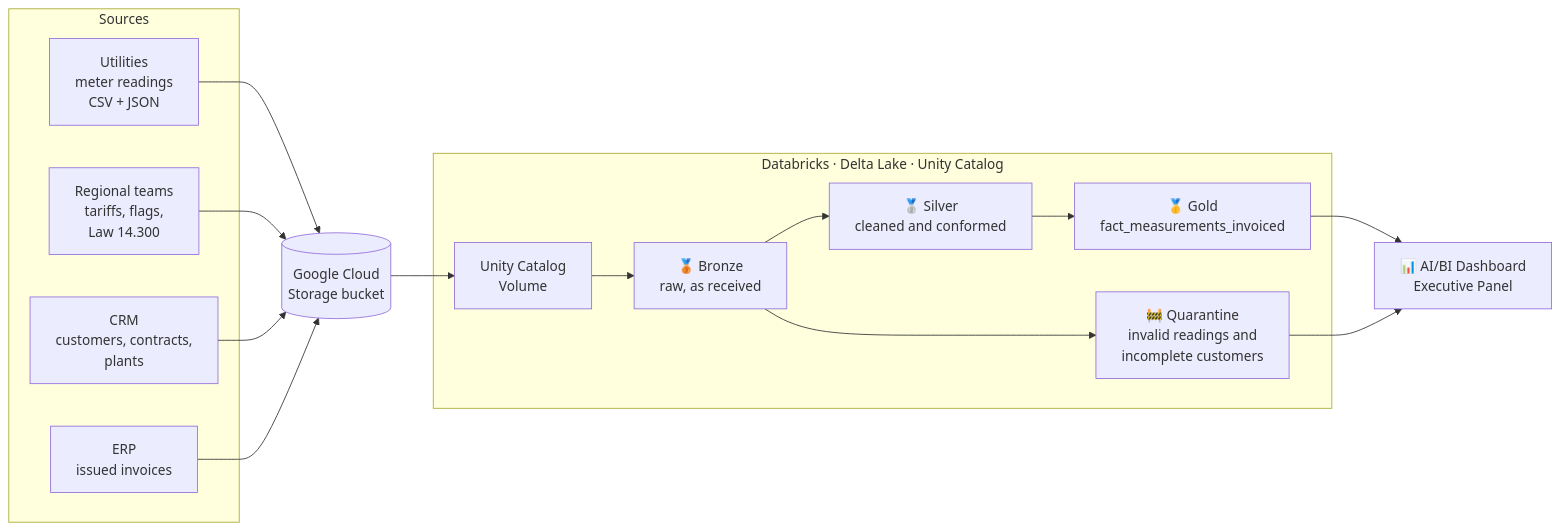
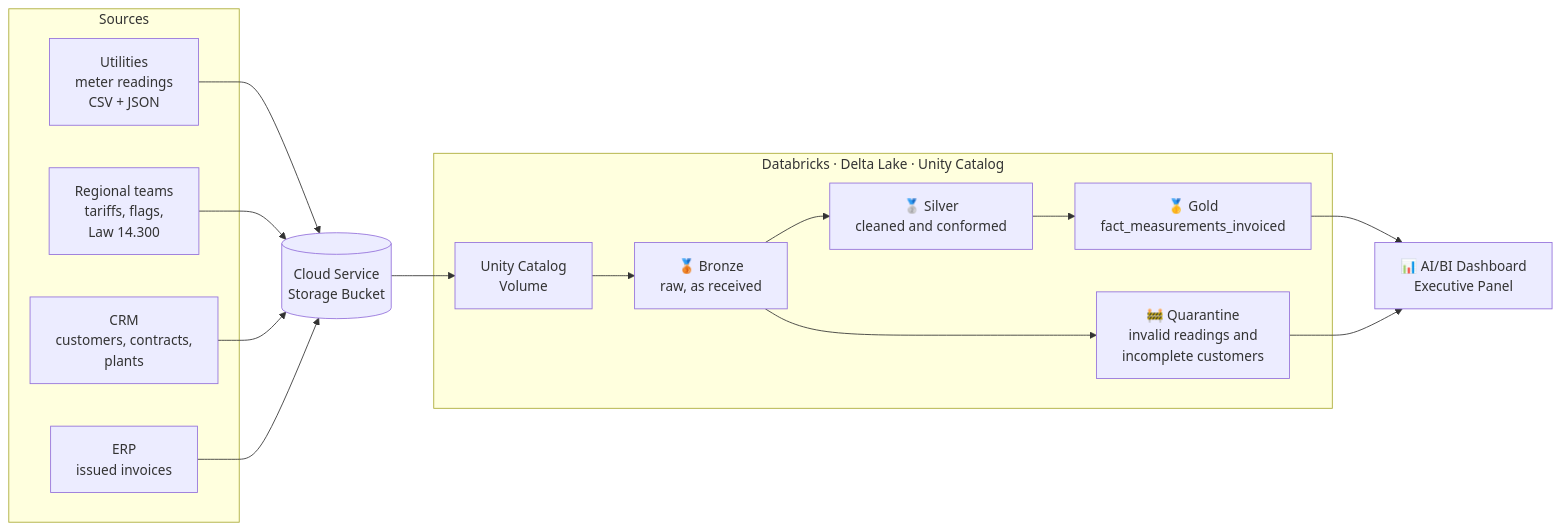
Before and after one commit to Arnaldo-Bastos/ElectricalGeneratedDistribution-Project: the diagram in README.md, drawn with Mermaid. The commit also changed other lines of this file, not shown here.

````diff
--- a/README.md
+++ b/README.md
@@ -53,22 +51,22 @@
 ```mermaid
 flowchart LR
     subgraph Sources
         A1[Utilities<br/>meter readings<br/>CSV + JSON]
         A2[Regional teams<br/>tariffs, flags,<br/>Law 14.300]
         A3[CRM<br/>customers, contracts,<br/>plants]
         A4[ERP<br/>issued invoices]
     end
 
-    A1 & A2 & A3 & A4 --> GCS[(Google Cloud<br/>Storage bucket)]
+    A1 & A2 & A3 & A4 --> GCS[(Cloud Service<br/>Storage Bucket)]
     GCS --> VOL[Unity Catalog<br/>Volume]
 
     subgraph Databricks [Databricks · Delta Lake · Unity Catalog]
         VOL --> BRZ[🥉 Bronze<br/>raw, as received]
         BRZ --> SLV[🥈 Silver<br/>cleaned and conformed]
         BRZ --> QRT[🚧 Quarantine<br/>invalid readings and<br/>incomplete customers]
         SLV --> GLD[🥇 Gold<br/>fact_measurements_invoiced]
     end
 
     GLD --> DASH[📊 AI/BI Dashboard<br/>Executive Panel]
     QRT --> DASH
 ```
````
